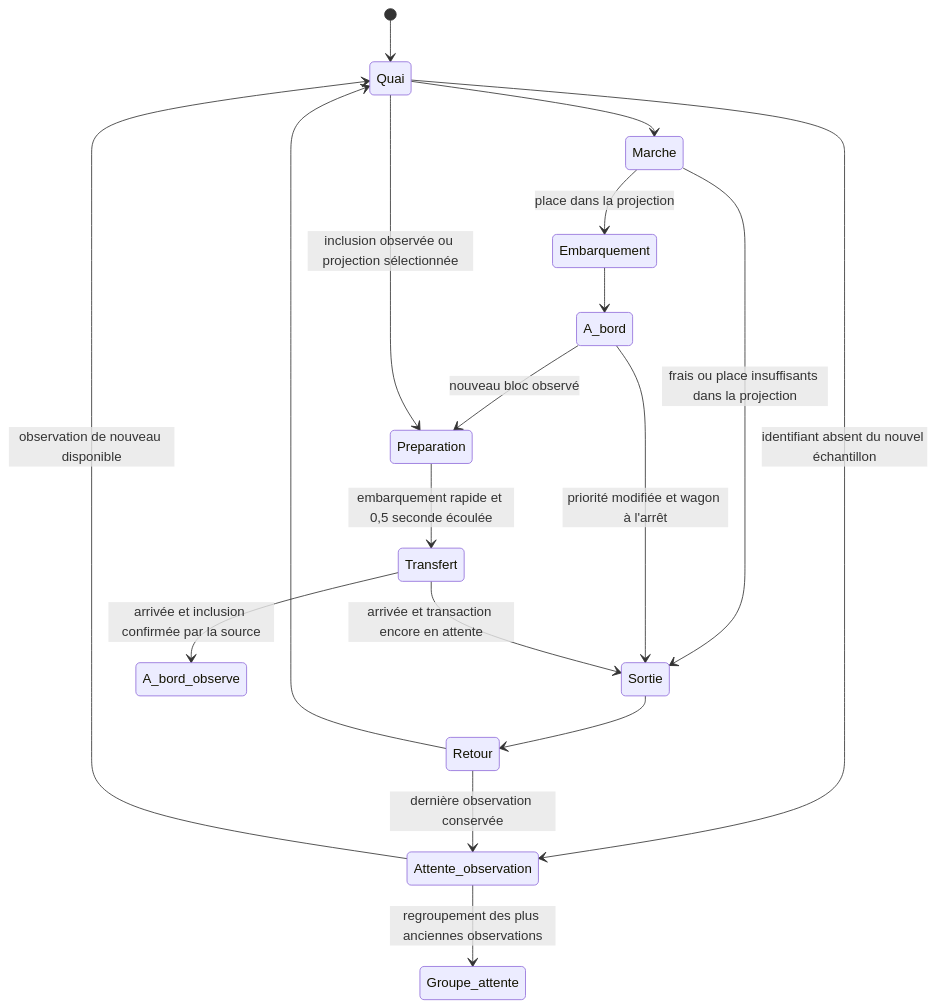
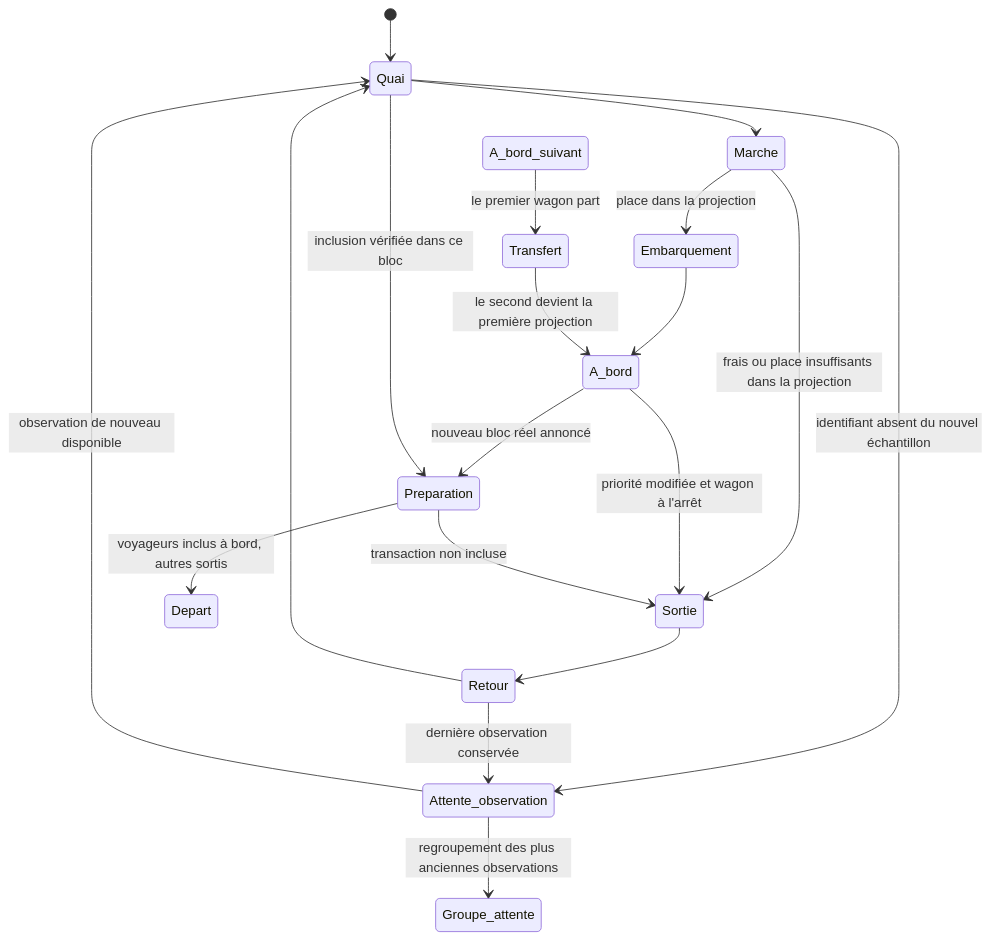
The diagram in docs/animation.md (arnaud71/blocklane), drawn with Mermaid before and after one commit. The commit also changed other lines of this file and 15 other files, not shown here.

````diff
--- a/docs/animation.md
+++ b/docs/animation.md
@@ -7,20 +7,21 @@
 ```mermaid
 stateDiagram-v2
     [*] --> Quai
     Quai --> Marche
     Marche --> Embarquement: place dans la projection
     Embarquement --> A_bord
     Marche --> Sortie: frais ou place insuffisants dans la projection
     A_bord --> Sortie: priorité modifiée et wagon à l'arrêt
-    A_bord --> Preparation: nouveau bloc observé
-    Quai --> Preparation: inclusion observée ou projection sélectionnée
-    Preparation --> Transfert: embarquement rapide et 0,5 seconde écoulée
-    Transfert --> A_bord_observe: arrivée et inclusion confirmée par la source
-    Transfert --> Sortie: arrivée et transaction encore en attente
+    A_bord --> Preparation: nouveau bloc réel annoncé
+    Quai --> Preparation: inclusion vérifiée dans ce bloc
+    Preparation --> Depart: voyageurs inclus à bord, autres sortis
+    Preparation --> Sortie: transaction non incluse
+    A_bord_suivant --> Transfert: le premier wagon part
+    Transfert --> A_bord: le second devient la première projection
     Sortie --> Retour
     Retour --> Quai
     Quai --> Attente_observation: identifiant absent du nouvel échantillon
     Retour --> Attente_observation: dernière observation conservée
     Attente_observation --> Quai: observation de nouveau disponible
     Attente_observation --> Groupe_attente: regroupement des plus anciennes observations
 ```
````
